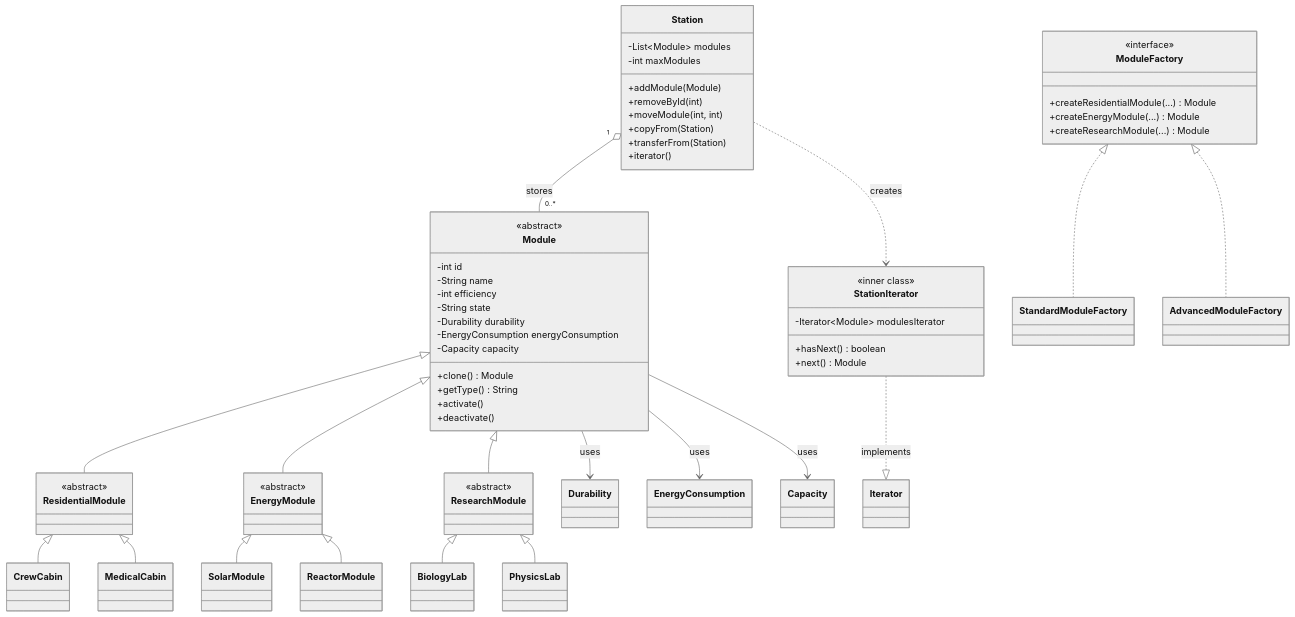
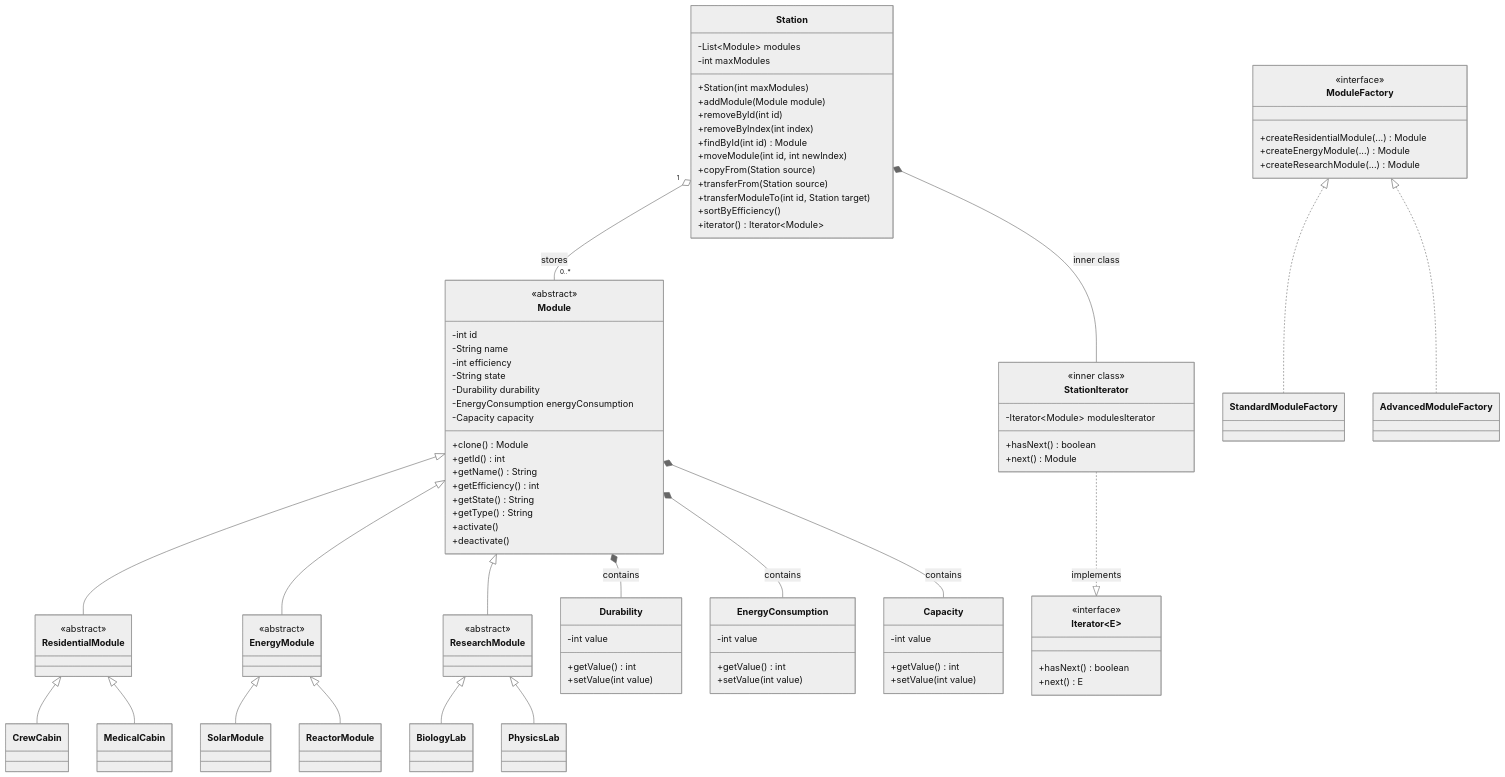
The diagram in UML.md (Arunello/ultra-space-station), drawn with Mermaid (neutral theme) before and after one commit. The commit also changed other lines of this file and 11 other files, not shown here.

````diff
--- a/UML.md
+++ b/UML.md
@@ -3,12 +3,17 @@
     class Station {
         -List~Module~ modules
         -int maxModules
-        +addModule(Module)
-        +removeById(int)
-        +moveModule(int, int)
-        +copyFrom(Station)
-        +transferFrom(Station)
-        +iterator()
+        +Station(int maxModules)
+        +addModule(Module module)
+        +removeById(int id)
+        +removeByIndex(int index)
+        +findById(int id) Module
+        +moveModule(int id, int newIndex)
+        +copyFrom(Station source)
+        +transferFrom(Station source)
+        +transferModuleTo(int id, Station target)
+        +sortByEfficiency()
+        +iterator() Iterator~Module~
     }
 
     class Module {
@@ -21,6 +26,10 @@
         -EnergyConsumption energyConsumption
         -Capacity capacity
         +clone() Module
+        +getId() int
+        +getName() String
+        +getEfficiency() int
+        +getState() String
         +getType() String
         +activate()
         +deactivate()
@@ -45,9 +54,23 @@
     class BiologyLab
     class PhysicsLab
 
-    class Durability
-    class EnergyConsumption
-    class Capacity
+    class Durability {
+        -int value
+        +getValue() int
+        +setValue(int value)
+    }
+
+    class EnergyConsumption {
+        -int value
+        +getValue() int
+        +setValue(int value)
+    }
+
+    class Capacity {
+        -int value
+        +getValue() int
+        +setValue(int value)
+    }
 
     class ModuleFactory {
         <<interface>>
@@ -66,6 +89,12 @@
         +next() Module
     }
 
+    class Iterator~E~ {
+        <<interface>>
+        +hasNext() boolean
+        +next() E
+    }
+
     Module <|-- ResidentialModule
     Module <|-- EnergyModule
     Module <|-- ResearchModule
@@ -81,10 +110,10 @@
     ModuleFactory <|.. AdvancedModuleFactory
 
     Station "1" o-- "0..*" Module : stores
-    Module --> Durability : uses
-    Module --> EnergyConsumption : uses
-    Module --> Capacity : uses
+    Module *-- Durability : contains
+    Module *-- EnergyConsumption : contains
+    Module *-- Capacity : contains
 
-    Station ..> StationIterator : creates
+    Station *-- StationIterator : inner class
     StationIterator ..|> Iterator : implements
 ```
````
